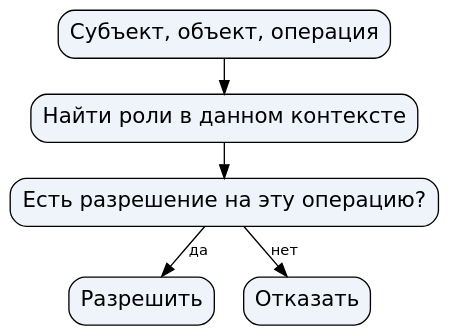
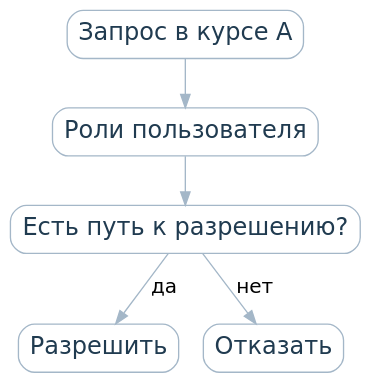
Before and after one commit to BSU-RFCT-Afonenko-Courses/Cybersecurity: the diagram in shared/visualizations/access-control/rbac/graphs/algorithm.dot, drawn with Graphviz. The commit also changed 55 other files, not shown here.

```diff
--- a/shared/visualizations/access-control/rbac/graphs/algorithm.dot
+++ b/shared/visualizations/access-control/rbac/graphs/algorithm.dot
@@ -1,14 +1,8 @@
-digraph G {
- graph [rankdir=TB, ranksep=0.35, nodesep=0.3, bgcolor="transparent", pad="0.2", splines=polyline];
- node [shape=box, style="rounded,filled", fillcolor="#eef4fa", fontname="DejaVu Sans", fontsize=16];
- edge [fontname="DejaVu Sans", fontsize=11];
- "request" [id="request", label="Субъект, объект, операция"];
- "roles" [id="roles", label="Найти роли в данном контексте"];
- "permission" [id="permission", label="Есть разрешение на эту операцию?"];
- "allow" [id="allow", label="Разрешить"];
- "deny" [id="deny", label="Отказать"];
- "request" -> "roles" [label=""];
- "roles" -> "permission" [label=""];
- "permission" -> "allow" [label="да"];
- "permission" -> "deny" [label="нет"];
+digraph policy { graph [rankdir=TB,bgcolor="transparent",pad="0.15",ranksep="0.5"]; node [shape=box,style="rounded,filled",fillcolor="white",fontname="DejaVu Sans",fontsize=18,color="#a4b7c8",fontcolor="#203b50"]; edge [fontname="DejaVu Sans",fontsize=15,color="#a4b7c8"];
+request [id="request",label="Запрос в курсе А"];
+roles [id="roles",label="Роли пользователя"];
+permission [id="permission",label="Есть путь к разрешению?",shape=box];
+allow [id="allow",label="Разрешить"];deny [id="deny",label="Отказать"];
+request -> roles -> permission;
+permission -> allow [label="да"];permission -> deny [label="нет"];
 }
```
